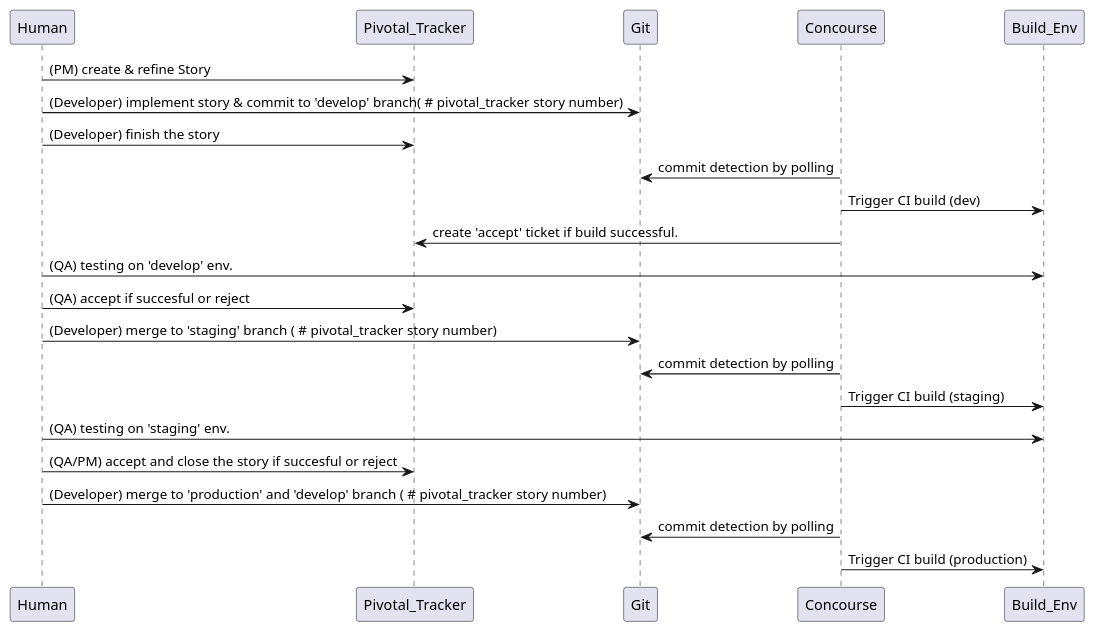
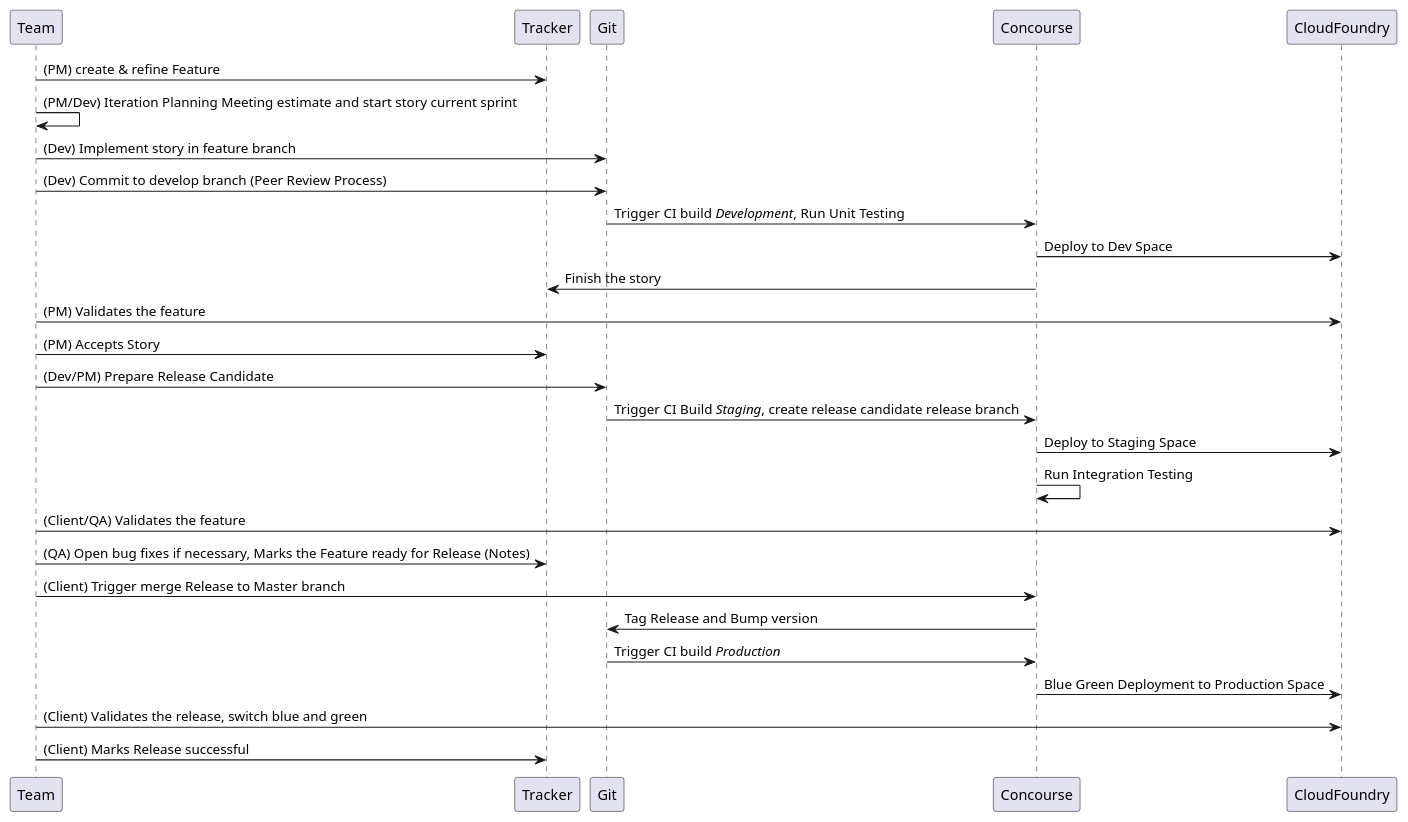
One commit to shinji62/concourse-ci-demo changed the diagram in sequence_diagram.puml. Above: the diagram before and after it, drawn with PlantUML. The commit also changed 1 other file, not shown here.

Commit message:
apply review comment

```diff
--- a/sequence_diagram.puml
+++ b/sequence_diagram.puml
@@ -4,20 +4,25 @@
 @startuml
 
-Human -> Pivotal_Tracker: (PM) create & refine Story
-Human -> Git: (Developer) implement story & commit to 'develop' branch( # pivotal_tracker story number)
-Human -> Pivotal_Tracker: (Developer) finish the story
-Concourse -> Git : commit detection by polling
-Concourse -> Build_Env: Trigger CI build (dev)
-Concourse -> Pivotal_Tracker: create 'accept' ticket if build successful.
-Human -> Build_Env: (QA) testing on 'develop' env.
-Human -> Pivotal_Tracker : (QA) accept if succesful or reject
-Human -> Git: (Developer) merge to 'staging' branch ( # pivotal_tracker story number)
-Concourse -> Git : commit detection by polling
-Concourse -> Build_Env: Trigger CI build (staging)
-Human -> Build_Env: (QA) testing on 'staging' env.
-Human -> Pivotal_Tracker : (QA/PM) accept and close the story if succesful or reject
-Human -> Git: (Developer) merge to 'production' and 'develop' branch ( # pivotal_tracker story number)
-Concourse -> Git : commit detection by polling
-Concourse -> Build_Env: Trigger CI build (production)
+Team -> Tracker: (PM) create & refine Feature
+Team -> Team: (PM/Dev) Iteration Planning Meeting estimate and start story current sprint
+Team -> Git: (Dev) Implement story in feature branch
+Team -> Git: (Dev) Commit to develop branch (Peer Review Process)
+Git -> Concourse : Trigger CI build //Development//, Run Unit Testing
+Concourse -> CloudFoundry: Deploy to Dev Space
+Concourse -> Tracker: Finish the story
+Team -> CloudFoundry: (PM) Validates the feature
+Team -> Tracker: (PM) Accepts Story
+Team -> Git: (Dev/PM) Prepare Release Candidate
+Git -> Concourse: Trigger CI Build //Staging//, create release candidate release branch
+Concourse -> CloudFoundry: Deploy to Staging Space
+Concourse -> Concourse: Run Integration Testing
+Team -> CloudFoundry: (Client/QA) Validates the feature
+Team -> Tracker: (QA) Open bug fixes if necessary, Marks the Feature ready for Release (Notes)
+Team -> Concourse: (Client) Trigger merge Release to Master branch
+Concourse -> Git: Tag Release and Bump version
+Git -> Concourse: Trigger CI build //Production//
+Concourse -> CloudFoundry: Blue Green Deployment to Production Space
+Team -> CloudFoundry: (Client) Validates the release, switch blue and green
+Team -> Tracker: (Client) Marks Release successful
 
 @enduml
```
